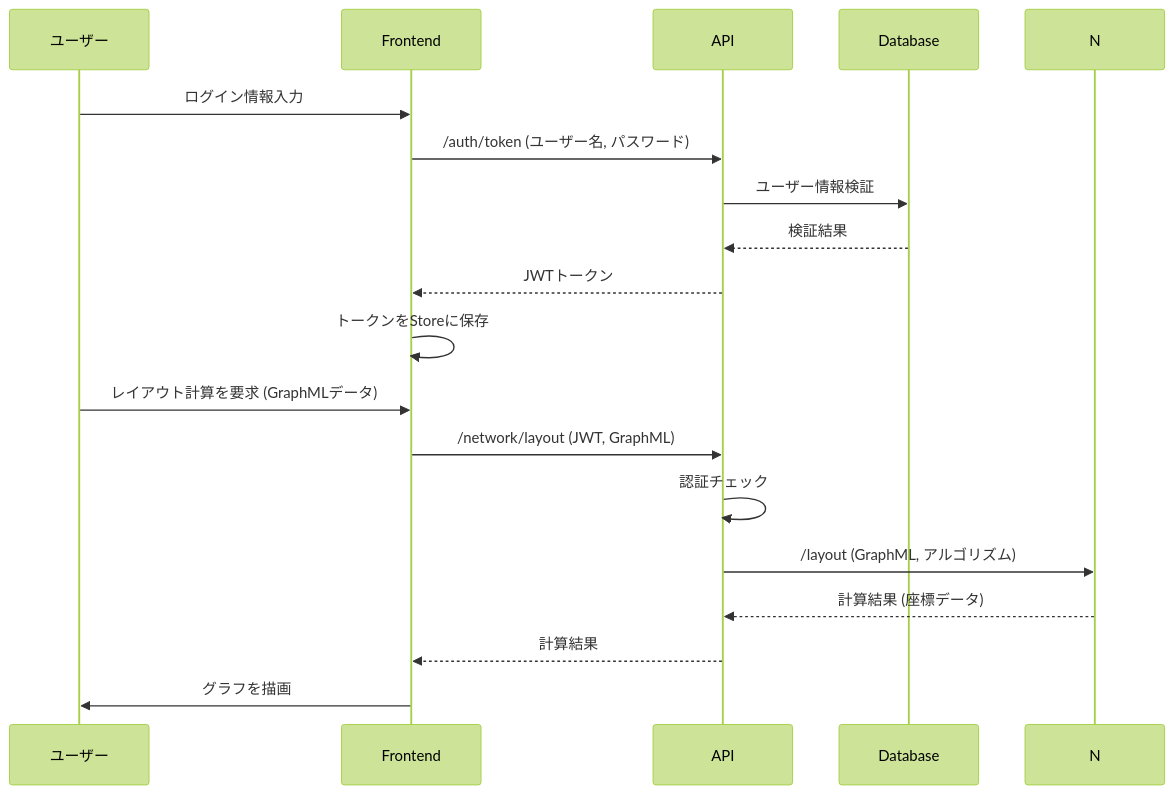
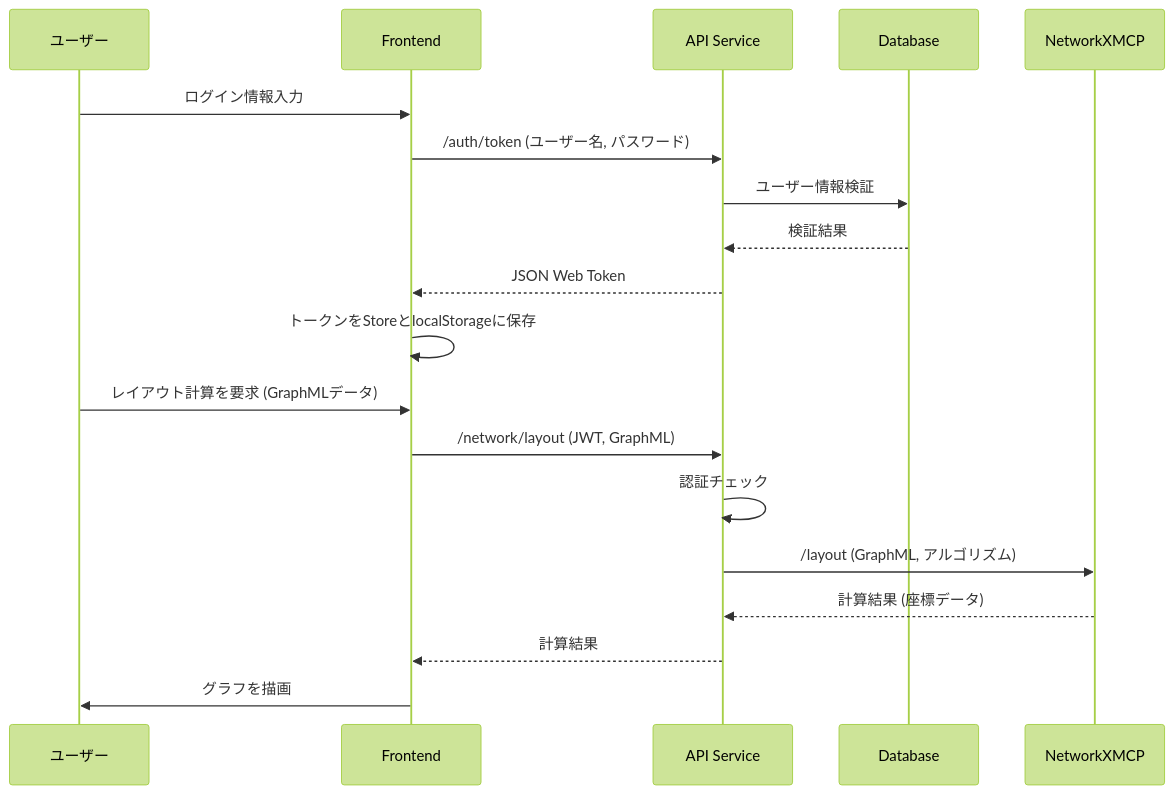
Before and after one commit to vdslab/LLMGraphvis: the fifth of 5 diagrams in specification/architecture.md, drawn with Mermaid (forest theme). The commit also changed other lines of this file and 4 other files, not shown here.

````diff
--- a/specification/architecture.md
+++ b/specification/architecture.md
@@ -122,21 +141,22 @@
 ```mermaid
 sequenceDiagram
     participant U as ユーザー
     participant F as Frontend
-    participant B as API
+    participant B as API Service
     participant DB as Database
+    participant N as NetworkXMCP
 
     U->>F: ログイン情報入力
     F->>B: /auth/token (ユーザー名, パスワード)
     B->>DB: ユーザー情報検証
     DB-->>B: 検証結果
-    B-->>F: JWTトークン
-    F->>F: トークンをStoreに保存
+    B-->>F: JSON Web Token
+    F->>F: トークンをStoreとlocalStorageに保存
     U->>F: レイアウト計算を要求 (GraphMLデータ)
     F->>B: /network/layout (JWT, GraphML)
     B->>B: 認証チェック
     B->>N: /layout (GraphML, アルゴリズム)
     N-->>B: 計算結果 (座標データ)
     B-->>F: 計算結果
     F->>U: グラフを描画
 ```
````
